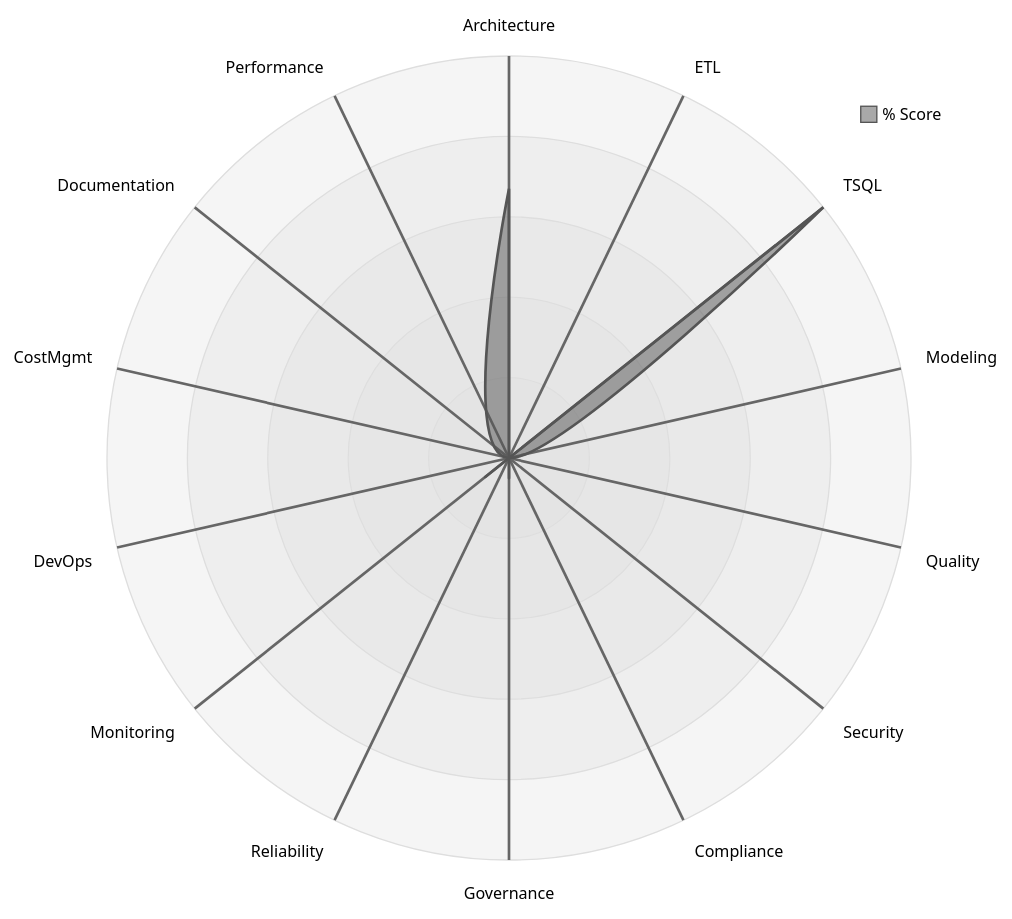
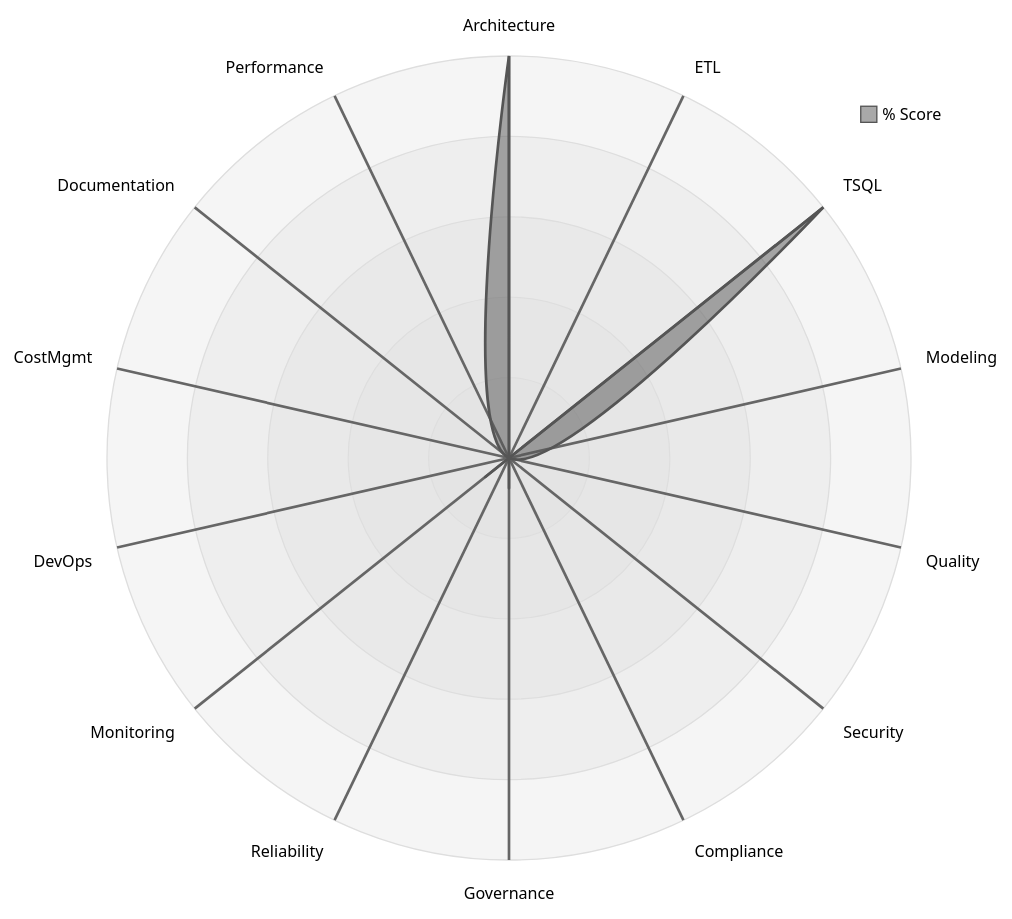
The diagram in results/final_report.md (AkashReddy-3084/SQL-Auditing-tool), drawn with Mermaid (neutral theme) before and after one commit. The commit also changed other lines of this file and 5 other files, not shown here.

````diff
--- a/results/final_report.md
+++ b/results/final_report.md
@@ -63,5 +63,5 @@
 ```mermaid
 radar-beta
   axis Architecture, ETL, TSQL, Modeling, Quality, Security, Compliance, Governance, Reliability, Monitoring, DevOps, CostMgmt, Documentation, Performance
-  curve ScorePct["% Score"] { 67, 0, 100, 0, 0, 0, 0, 0, 0, 0, 0, 0, 0, 0 }
+  curve ScorePct["% Score"] { 100, 0, 100, 0, 0, 0, 0, 0, 0, 0, 0, 0, 0, 0 }
 ```
````
